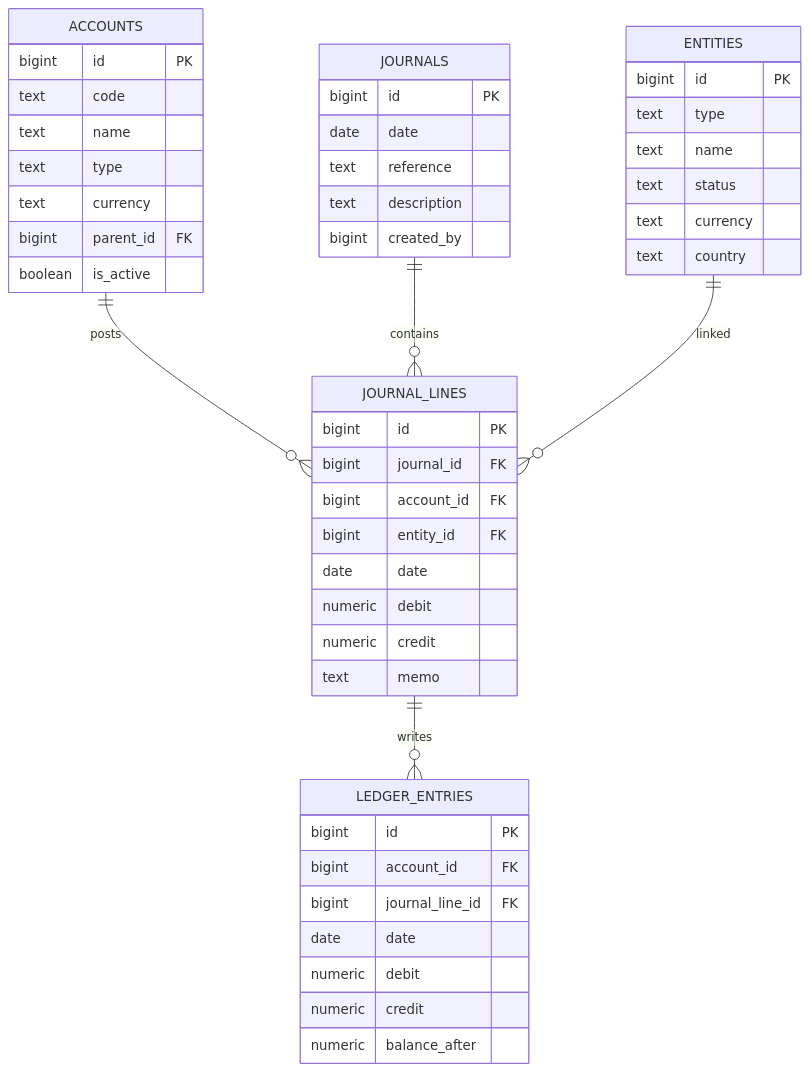
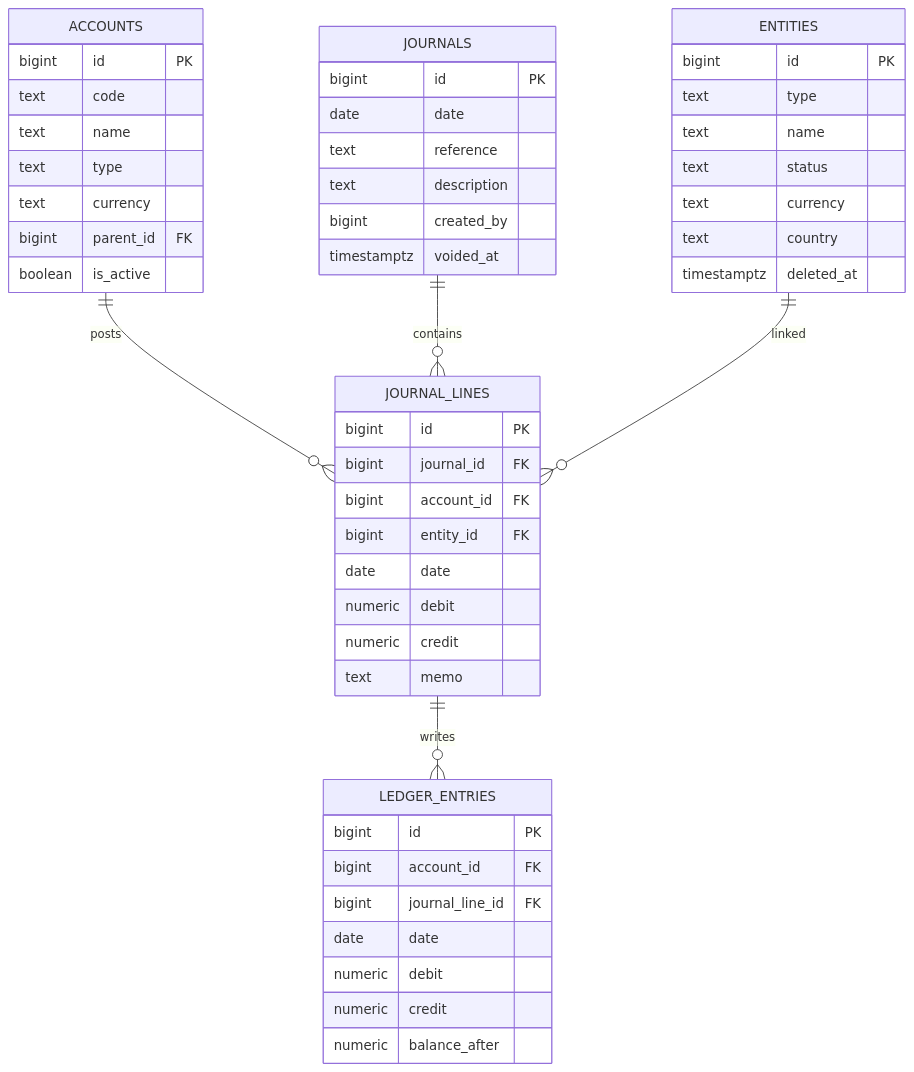
One commit to mcma123/mmfs-sagebridge-72 changed the third of 3 diagrams in datamodel.md. Above: the diagram before and after it, drawn with Mermaid. The commit also changed other lines of this file and 14 other files, not shown here.

````diff
--- a/datamodel.md
+++ b/datamodel.md
@@ -308,51 +315,53 @@
 ```mermaid
 erDiagram
   ACCOUNTS ||--o{ JOURNAL_LINES : posts
   JOURNALS ||--o{ JOURNAL_LINES : contains
   JOURNAL_LINES ||--o{ LEDGER_ENTRIES : writes
   ENTITIES ||--o{ JOURNAL_LINES : linked
 
   ACCOUNTS {
     bigint id PK
     text code
     text name
     text type
     text currency
     bigint parent_id FK
     boolean is_active
   }
   JOURNALS {
     bigint id PK
     date date
     text reference
     text description
     bigint created_by
+    timestamptz voided_at
   }
   JOURNAL_LINES {
     bigint id PK
     bigint journal_id FK
     bigint account_id FK
     bigint entity_id FK
     date date
     numeric debit
     numeric credit
     text memo
   }
   LEDGER_ENTRIES {
     bigint id PK
     bigint account_id FK
     bigint journal_line_id FK
     date date
     numeric debit
     numeric credit
     numeric balance_after
   }
   ENTITIES {
     bigint id PK
     text type
     text name
     text status
     text currency
     text country
+    timestamptz deleted_at
   }
 ```
````
